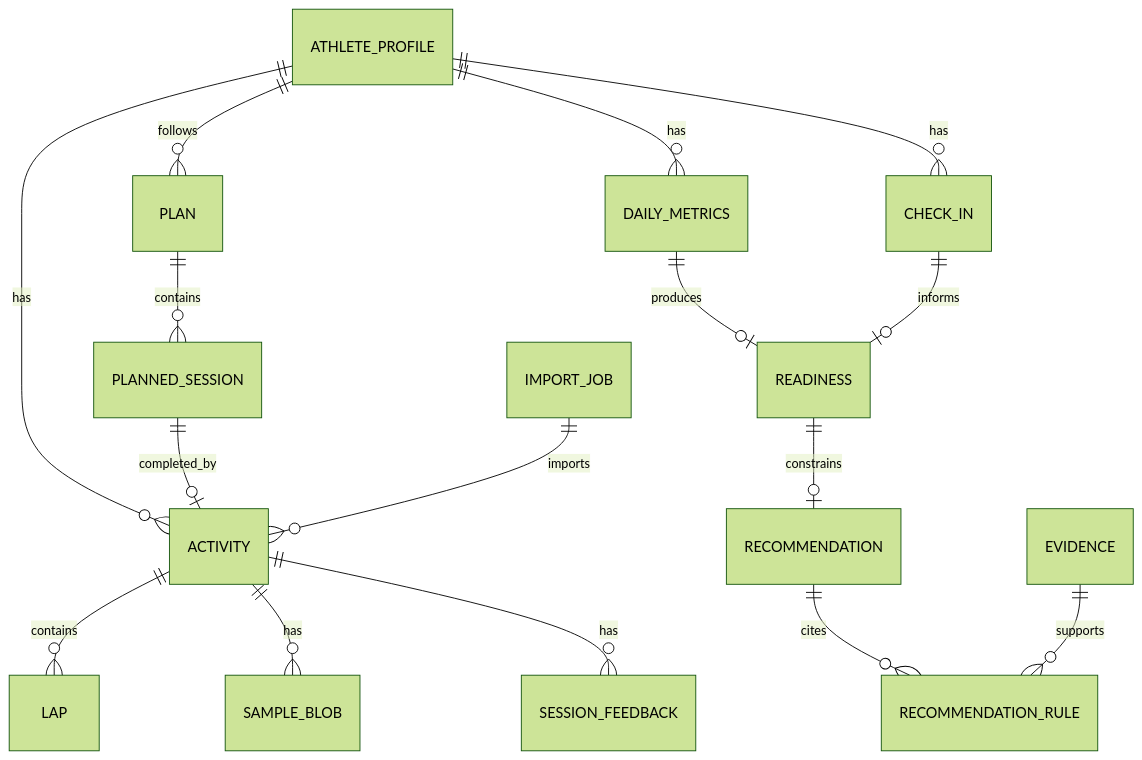
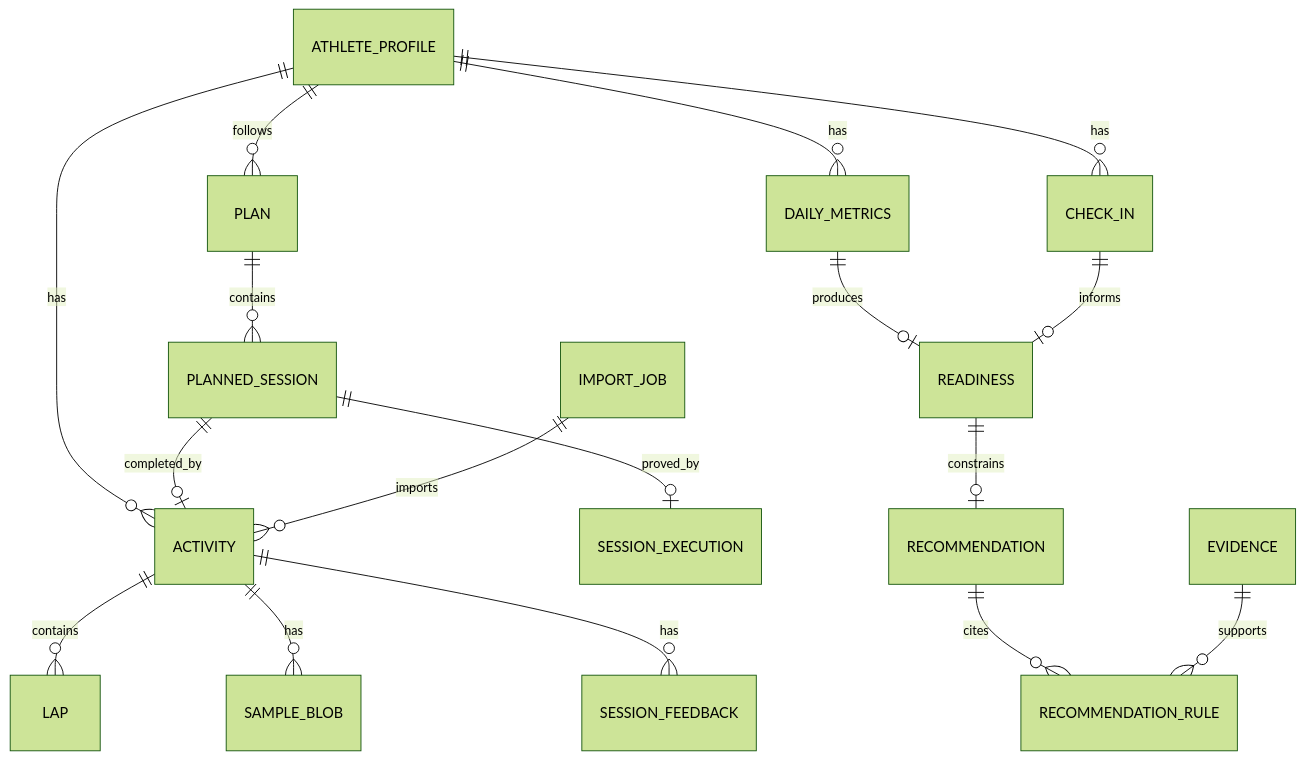
The diagram in docs/DATA_MODEL.md (rafaelclima/meucoach), drawn with Mermaid (forest theme) before and after one commit. The commit also changed other lines of this file and 52 other files, not shown here.

````diff
--- a/docs/DATA_MODEL.md
+++ b/docs/DATA_MODEL.md
@@ -18,18 +18,19 @@
 ```mermaid
 erDiagram
     ATHLETE_PROFILE ||--o{ ACTIVITY : has
     ATHLETE_PROFILE ||--o{ DAILY_METRICS : has
     ATHLETE_PROFILE ||--o{ CHECK_IN : has
     ATHLETE_PROFILE ||--o{ PLAN : follows
     ACTIVITY ||--o{ LAP : contains
     ACTIVITY ||--o{ SAMPLE_BLOB : has
     ACTIVITY ||--o{ SESSION_FEEDBACK : has
     PLAN ||--o{ PLANNED_SESSION : contains
     PLANNED_SESSION ||--o| ACTIVITY : completed_by
+    PLANNED_SESSION ||--o| SESSION_EXECUTION : proved_by
     DAILY_METRICS ||--o| READINESS : produces
     CHECK_IN ||--o| READINESS : informs
     READINESS ||--o| RECOMMENDATION : constrains
     RECOMMENDATION ||--o{ RECOMMENDATION_RULE : cites
     EVIDENCE ||--o{ RECOMMENDATION_RULE : supports
     IMPORT_JOB ||--o{ ACTIVITY : imports
 ```
````
